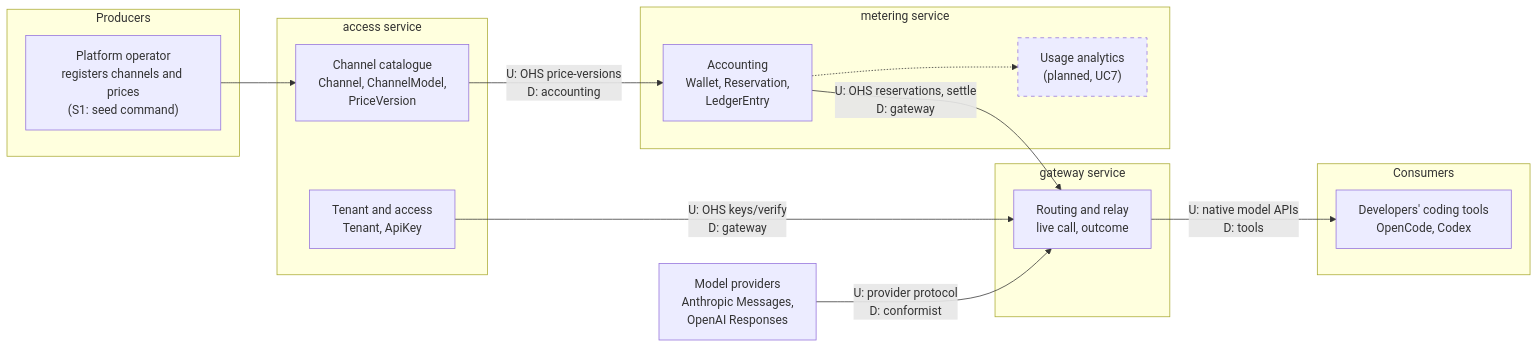
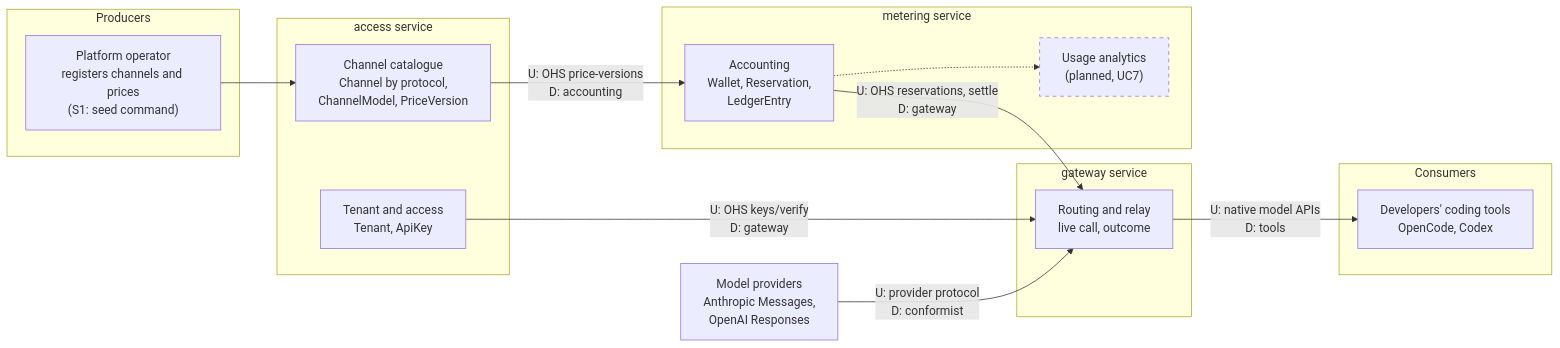
One commit to bibi45c/gateflow changed the second of 8 diagrams in docs/diagrams/as-built.md. Above: the diagram before and after it, drawn with Mermaid. The commit also changed other lines of this file, not shown here.

````diff
--- a/docs/diagrams/as-built.md
+++ b/docs/diagrams/as-built.md
@@ -113,37 +125,37 @@
 ```mermaid
 flowchart LR
   subgraph prod["Producers"]
     OP["Platform operator<br/>registers channels and prices<br/>(S1: seed command)"]
   end
 
   subgraph accessSvc["access service"]
     TA["Tenant and access<br/>Tenant, ApiKey"]
-    CC["Channel catalogue<br/>Channel, ChannelModel,<br/>PriceVersion"]
+    CC["Channel catalogue<br/>Channel by protocol,<br/>ChannelModel, PriceVersion"]
   end
 
   subgraph gatewaySvc["gateway service"]
     RR["Routing and relay<br/>live call, outcome"]
   end
 
   subgraph meteringSvc["metering service"]
     AC["Accounting<br/>Wallet, Reservation,<br/>LedgerEntry"]
     UA["Usage analytics<br/>(planned, UC7)"]
   end
 
   subgraph cons["Consumers"]
     DEV["Developers' coding tools<br/>OpenCode, Codex"]
   end
 
   EXT["Model providers<br/>Anthropic Messages,<br/>OpenAI Responses"]
 
   OP --> CC
   TA -->|"U: OHS keys/verify<br/>D: gateway"| RR
   CC -->|"U: OHS price-versions<br/>D: accounting"| AC
   AC -->|"U: OHS reservations, settle<br/>D: gateway"| RR
   EXT -->|"U: provider protocol<br/>D: conformist"| RR
   RR -->|"U: native model APIs<br/>D: tools"| DEV
   AC -.-> UA
 
   classDef planned stroke-dasharray:5 5
   class UA planned
 ```
````
